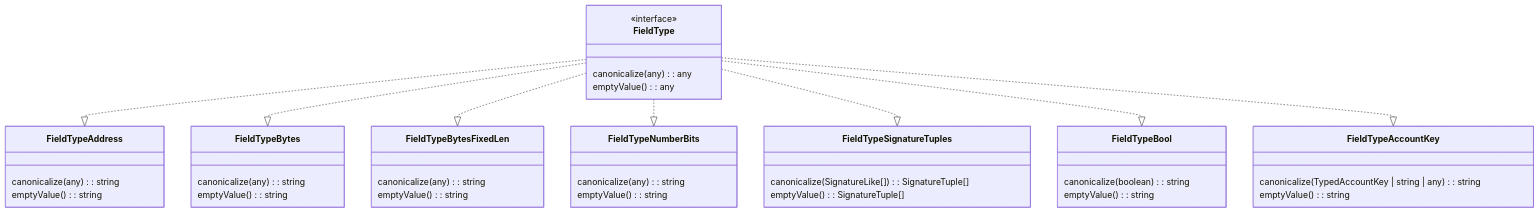
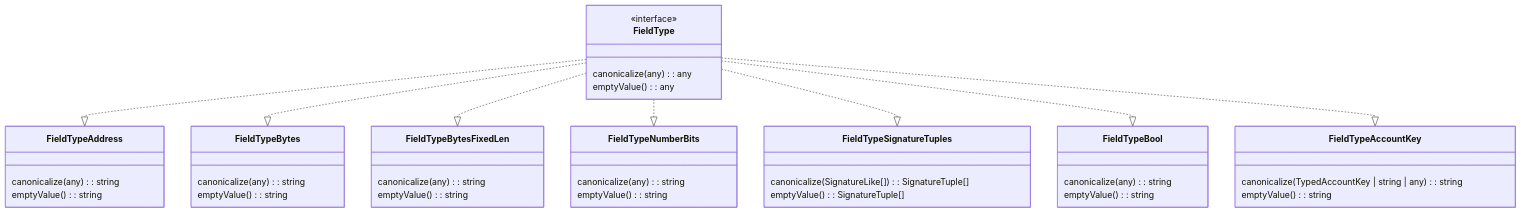
The first of 4 diagrams in README.md (blukat29/klaytn-sdk-design), drawn with Mermaid before and after one commit. The commit also changed other lines of this file and 1 other file, not shown here.

````diff
--- a/README.md
+++ b/README.md
@@ -38,43 +38,43 @@
 ```mermaid
 classDiagram
   class FieldType {
     <<interface>> 
     canonicalize(any): any
     emptyValue(): any
   }
   FieldType ..|> FieldTypeAddress
   FieldType ..|> FieldTypeBytes
   FieldType ..|> FieldTypeBytesFixedLen
   FieldType ..|> FieldTypeNumberBits
   FieldType ..|> FieldTypeSignatureTuples
   FieldType ..|> FieldTypeBool
   FieldType ..|> FieldTypeAccountKey
   class FieldTypeAddress {
     canonicalize(any): string
     emptyValue(): string
   }
   class FieldTypeBytes {
     canonicalize(any): string
     emptyValue(): string
   }
   class FieldTypeBytesFixedLen {
     canonicalize(any): string
     emptyValue(): string
   }
   class FieldTypeNumberBits {
     canonicalize(any): string
     emptyValue(): string
   }
   class FieldTypeSignatureTuples {
     canonicalize( SignatureLike[]): SignatureTuple[]
     emptyValue(): SignatureTuple[]
   }
   class FieldTypeBool {
-    canonicalize(boolean): string
+    canonicalize(any): string
     emptyValue(): string
   }
   class FieldTypeAccountKey {
     canonicalize(TypedAccountKey | string | any): string
     emptyValue(): string
   }
 ```
````
